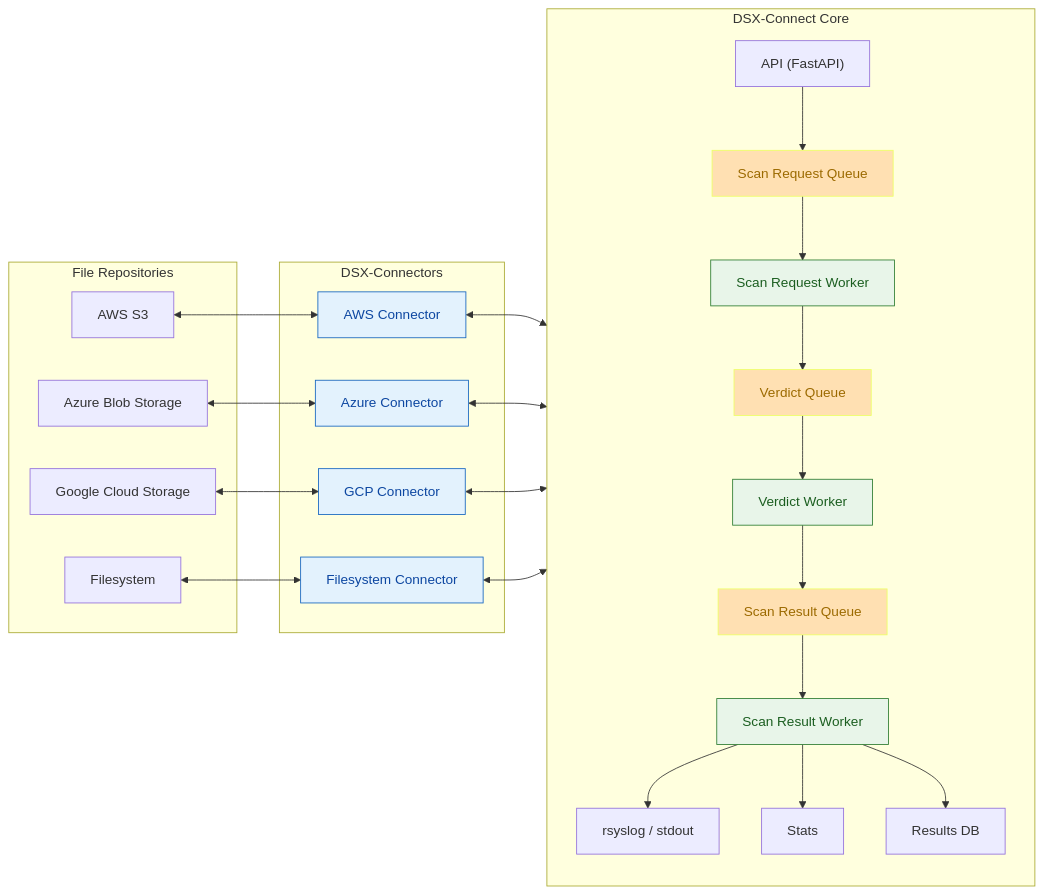
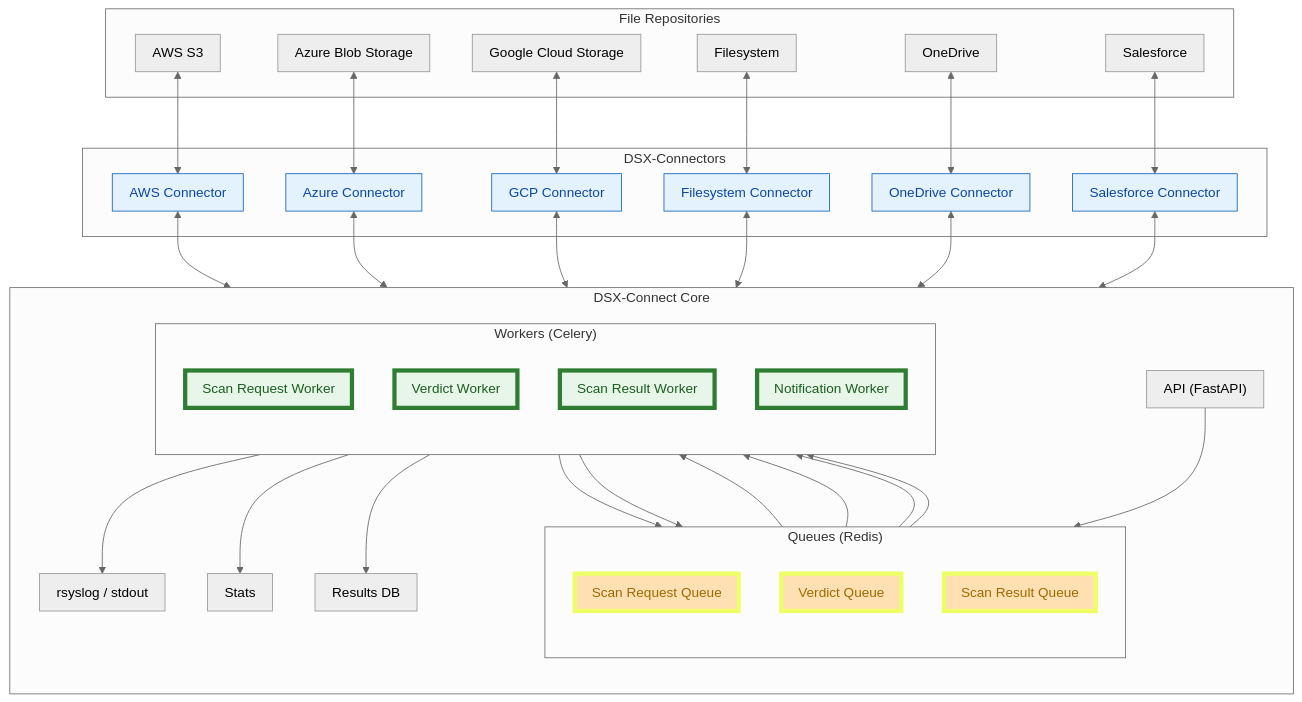
Before and after one commit to deep-instinct/dsx-connect: the first of 2 diagrams in docs/overview.md, drawn with Mermaid. The commit also changed other lines of this file and 43 other files, not shown here.

````diff
--- a/docs/overview.md
+++ b/docs/overview.md
@@ -59,11 +51,16 @@
 ```mermaid
-flowchart LR
+%%{init: {'theme': 'neutral', 'flowchart': {'nodeSpacing': 50, 'rankSpacing': 60, 'fontSize': 24, 'padding': 10}}}%%
+
+flowchart TB
+
 %% Define Repositories (left column)
     subgraph Repositories["File Repositories"]
         AWSRepo["AWS S3"]
         AzureRepo["Azure Blob Storage"]
         GCPRepo["Google Cloud Storage"]
         FSRepo["Filesystem"]
+        OneDriveRepo["OneDrive"]
+        SalesforceRepo["Salesforce"]
     end
 
 %% Define Connectors (middle column)
@@ -72,23 +69,32 @@
         AzureConn["Azure Connector"]
         GCPConn["GCP Connector"]
         FSConn["Filesystem Connector"]
-    end
+        OneDriveConn["OneDrive Connector"]
+        SalesforceConn["Salesforce Connector"]
+    end 
 
 %% Define Core System (right column)
     subgraph DSX["DSX-Connect Core"]
       direction TB
       API["API (FastAPI)"]
-      SRQ["Scan Request Queue"]
-      SRW["Scan Request Worker"]
-      VQ["Verdict Queue"]
-      VW["Verdict Worker"]
-      RQ["Scan Result Queue"]
-      RW["Scan Result Worker"]
+      subgraph Queues["Queues (Redis)"]
+        direction TB
+        SRQ["Scan Request Queue"]
+        VQ["Verdict Queue"]
+        RQ["Scan Result Queue"]
+      end
+      subgraph Workers["Workers (Celery)"]
+        direction TB
+        SRW["Scan Request Worker"]
+        VW["Verdict Worker"]
+        RW["Scan Result Worker"]
+        NW["Notification Worker"]
+      end
       RSYS["rsyslog / stdout"]
       STATS["Stats"]
       RDB["Results DB"]
 
-      %% Force a vertical flow
+      %% Flow inside core
       API --> SRQ
       SRQ --> SRW
       SRW --> VQ
@@ -98,6 +104,7 @@
       RW --> RSYS
       RW --> STATS
       RW --> RDB
+      RQ --> NW
     end
 
 %% Relationships (bidirectional)
@@ -105,20 +112,24 @@
     AzureRepo <--> AzureConn
     GCPRepo <--> GCPConn
     FSRepo <--> FSConn
+    OneDriveRepo <--> OneDriveConn
+    SalesforceRepo <--> SalesforceConn
 
     AWSConn <--> API
     AzureConn <--> API
     GCPConn <--> API
     FSConn <--> API
+    OneDriveConn <--> API
+    SalesforceConn <--> API 
 
 %% Styling for clarity
     classDef repo fill:#e3f2fd,stroke:#1565c0,color:#0d47a1,stroke-width:1px;
     classDef conn fill:#e3f2fd,stroke:#1565c0,color:#0d47a1,stroke-width:1px;
     classDef core fill:#fff3e0,stroke:#ef6,color:#9c6a00,stroke-width:1px;
-    classDef queue fill:#ffe0b2,stroke:#ef6,color:#9c6a00,stroke-width:1px;
-    classDef worker fill:#e8f5e9,stroke:#2e7d32,color:#1b5e20,stroke-width:1px;
-    class AWSConn,AzureConn,GCPConn,FSConn conn;
+    classDef queue fill:#ffe0b2,stroke:#ef6,color:#9c6a00,stroke-width:5px;
+    classDef worker fill:#e8f5e9,stroke:#2e7d32,color:#1b5e20,stroke-width:5px;
+    class AWSConn,AzureConn,GCPConn,FSConn,OneDriveConn,SalesforceConn conn;
     class SRQ,VQ,RQ queue;
-    class SRW,VW,RW worker;
+    class SRW,VW,RW,NW worker;
 
 ```
````
